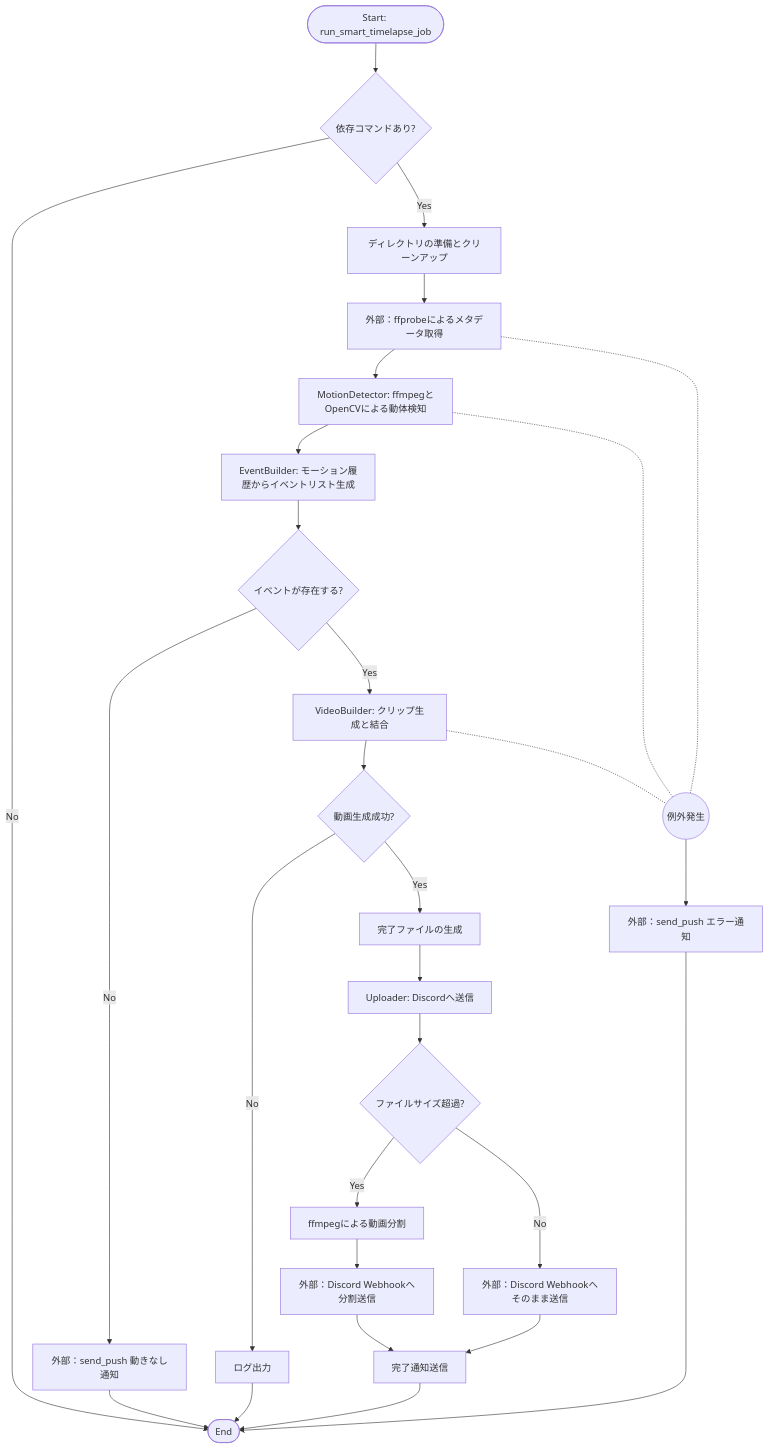
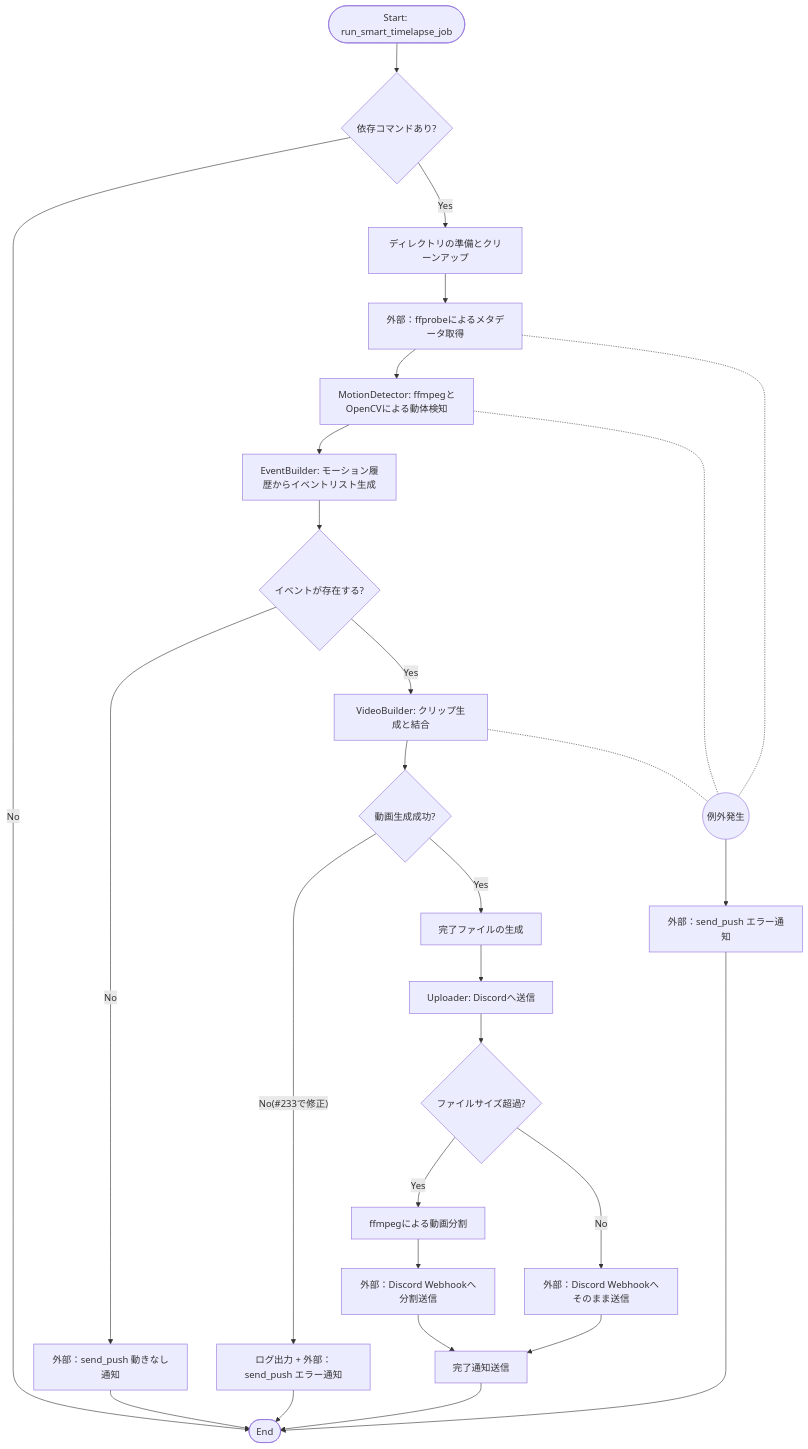
Before and after one commit to mmtigers/my_python_project: the first of 2 diagrams in docs/specifications/MY_HOME_SYSTEM/smart_timelapse_generator.md, drawn with Mermaid. The commit also changed other lines of this file and 5 other files, not shown here.

````diff
--- a/docs/specifications/MY_HOME_SYSTEM/smart_timelapse_generator.md
+++ b/docs/specifications/MY_HOME_SYSTEM/smart_timelapse_generator.md
@@ -650,39 +650,39 @@
 ```mermaid
 flowchart TD
     Start([Start: run_smart_timelapse_job]) --> CheckDeps{依存コマンドあり?}
     CheckDeps -- No --> End([End])
     CheckDeps -- Yes --> SetupDirs[ディレクトリの準備とクリーンアップ]
     SetupDirs --> GetVideoInfo[外部：ffprobeによるメタデータ取得]
     GetVideoInfo --> DetectMotion[MotionDetector: ffmpegとOpenCVによる動体検知]
     DetectMotion --> BuildEvents[EventBuilder: モーション履歴からイベントリスト生成]
     
     BuildEvents --> HasEvents{イベントが存在する?}
     HasEvents -- No --> SendPushNone[外部：send_push 動きなし通知]
     SendPushNone --> End
     
     HasEvents -- Yes --> BuildVideo[VideoBuilder: クリップ生成と結合]
     BuildVideo --> VideoSuccess{動画生成成功?}
-    VideoSuccess -- No --> EndError[ログ出力]
-    EndError --> End
+    VideoSuccess -- "No(#233で修正)" --> SendPushBuildFail[ログ出力 + 外部：send_push エラー通知]
+    SendPushBuildFail --> End
     
     VideoSuccess -- Yes --> MarkDone[完了ファイルの生成]
     MarkDone --> Upload[Uploader: Discordへ送信]
     
     Upload --> SizeCheck{ファイルサイズ超過?}
     SizeCheck -- Yes --> SplitVideo[ffmpegによる動画分割]
     SplitVideo --> SendDiscord[外部：Discord Webhookへ分割送信]
     SizeCheck -- No --> SendDiscordDirect[外部：Discord Webhookへそのまま送信]
     
     SendDiscord --> SendPushNotice[完了通知送信]
     SendDiscordDirect --> SendPushNotice
     
     SendPushNotice --> End
     
     %% エラーハンドリング（グローバル）
     GetVideoInfo -.- ErrorHandler
     DetectMotion -.- ErrorHandler
     BuildVideo -.- ErrorHandler
     ErrorHandler((例外発生)) --> SendPushError[外部：send_push エラー通知]
     SendPushError --> End
 
 ```
````
